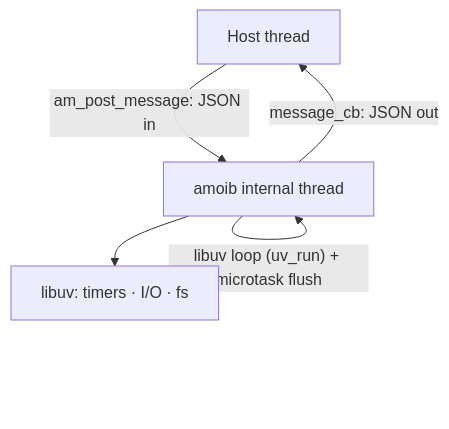
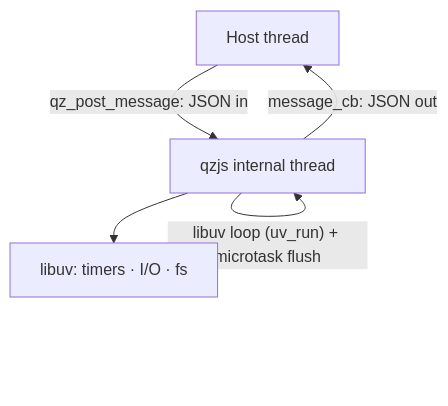
One commit to adam-ikari/qwrt changed the diagram in docs/guide/event-loop.md. Above: the diagram before and after it, drawn with Mermaid. The commit also changed other lines of this file and 349 other files, not shown here.

````diff
--- a/docs/guide/event-loop.md
+++ b/docs/guide/event-loop.md
@@ -14,7 +14,7 @@
 ```mermaid
 flowchart TB
-    HOST["Host thread"] -->|"am_post_message: JSON in"| AM["amoib internal thread"]
+    HOST["Host thread"] -->|"qz_post_message: JSON in"| AM["qzjs internal thread"]
     AM -->|"libuv loop (uv_run) + microtask flush"| AM
     AM -->|"message_cb: JSON out"| HOST
     AM --> LIBUV["libuv: timers · I/O · fs"]
 ```
````
